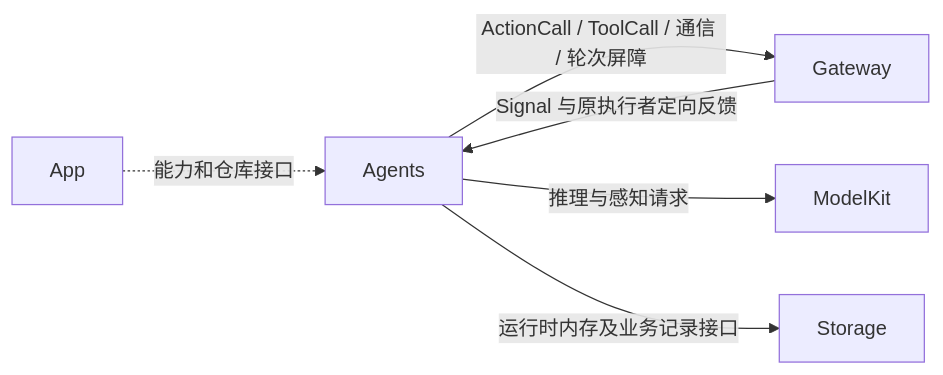
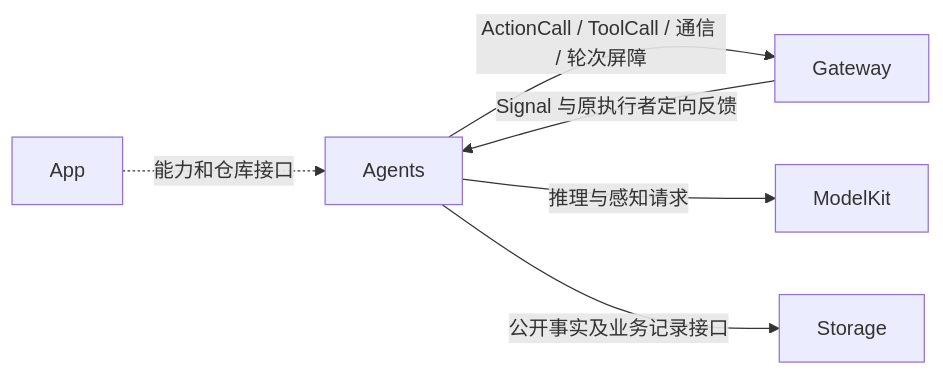
Before and after one commit to devilyouwei/MobileHarness: the first of 2 diagrams in MobileHarness/Agents/README.md, drawn with Mermaid. The commit also changed other lines of this file and 103 other files, not shown here.

````diff
--- a/MobileHarness/Agents/README.md
+++ b/MobileHarness/Agents/README.md
@@ -9,8 +9,8 @@
 ```mermaid
 flowchart LR
  App -.->|能力和仓库接口| Agents
  Gateway -->|Signal 与原执行者定向反馈| Agents
  Agents -->|ActionCall / ToolCall / 通信 / 轮次屏障| Gateway
  Agents -->|推理与感知请求| ModelKit
- Agents -->|运行时内存及业务记录接口| Storage
+ Agents -->|公开事实及业务记录接口| Storage
 ```
````
